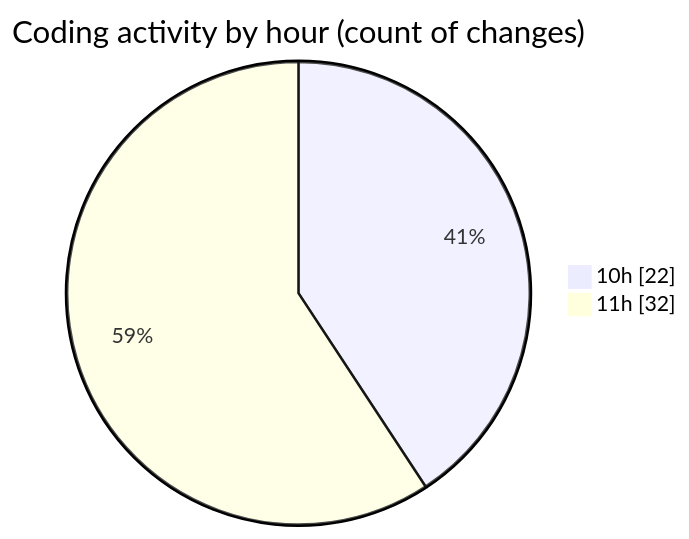
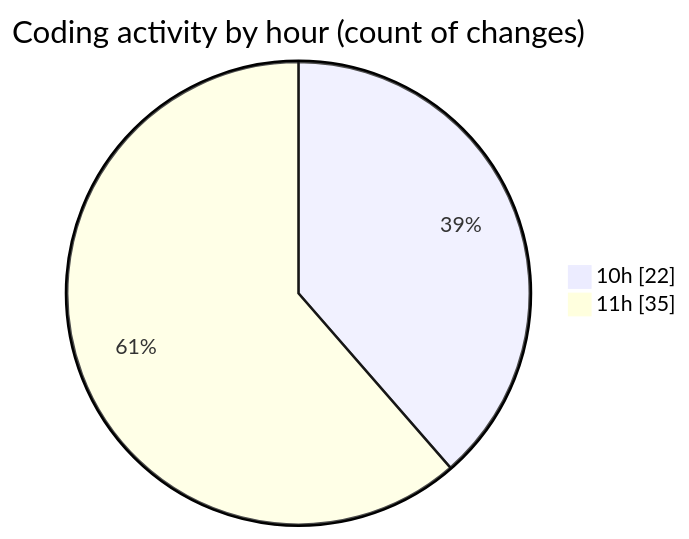
Before and after one commit to momahboobian/code-tracking: the second of 2 diagrams in 2025-04-29/cda/README.md, drawn with Mermaid. The commit also changed other lines of this file and 1 other file, not shown here.

````diff
--- a/2025-04-29/cda/README.md
+++ b/2025-04-29/cda/README.md
@@ -37,6 +38,6 @@
 ```mermaid
 pie showData
 title Coding activity by hour (count of changes)
 "10h" : 22
-"11h" : 32
+"11h" : 35
 ```
````
